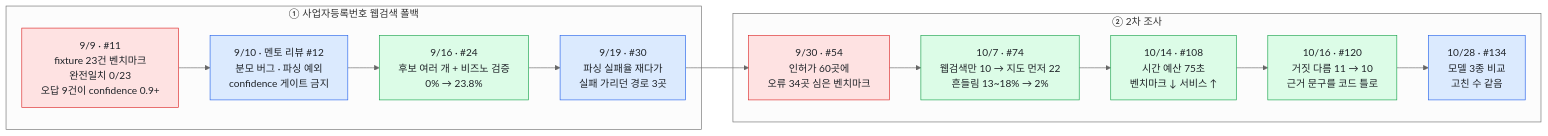
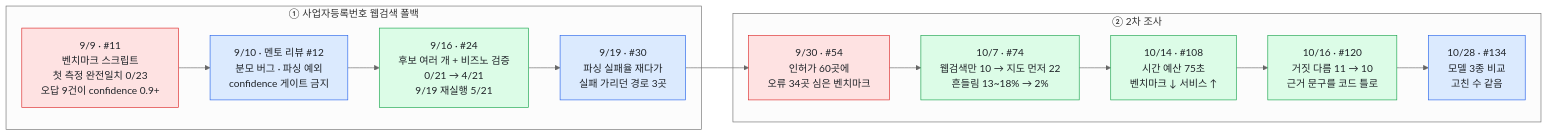
One commit to kakaotechcampus-4/ktc4-kyungpook-6 changed the diagram in docs/트러블슈팅/03.md. Above: the diagram before and after it, drawn with Mermaid (neutral theme). The commit also changed other lines of this file and 8 other files, not shown here.

````diff
--- a/docs/트러블슈팅/03.md
+++ b/docs/트러블슈팅/03.md
@@ -14,22 +14,22 @@
 ```mermaid
 flowchart LR
     subgraph P1["① 사업자등록번호 웹검색 폴백"]
-        A["9/9 · #11<br/>fixture 23건 벤치마크<br/>완전일치 0/23<br/>오답 9건이 confidence 0.9+"]:::cause
+        A["9/9 · #11<br/>벤치마크 스크립트<br/>첫 측정 완전일치 0/23<br/>오답 9건이 confidence 0.9+"]:::cause
         B["9/10 · 멘토 리뷰 #12<br/>분모 버그 · 파싱 예외<br/>confidence 게이트 금지"]:::found
-        C["9/16 · #24<br/>후보 여러 개 + 비즈노 검증<br/>0% → 23.8%"]:::fix
+        C["9/16 · #24<br/>후보 여러 개 + 비즈노 검증<br/>0/21 → 4/21<br/>9/19 재실행 5/21"]:::fix
         D["9/19 · #30<br/>파싱 실패율 재다가<br/>실패 가리던 경로 3곳"]:::found
         A --> B --> C --> D
     end
     subgraph P2["② 2차 조사"]
         E["9/30 · #54<br/>인허가 60곳에<br/>오류 34곳 심은 벤치마크"]:::cause
         F["10/7 · #74<br/>웹검색만 10 → 지도 먼저 22<br/>흔들림 13~18% → 2%"]:::fix
         G["10/14 · #108<br/>시간 예산 75초<br/>벤치마크 ↓ 서비스 ↑"]:::fix
         H["10/16 · #120<br/>거짓 다름 11 → 10<br/>근거 문구를 코드 틀로"]:::fix
         I["10/28 · #134<br/>모델 3종 비교<br/>고친 수 같음"]:::found
         E --> F --> G --> H --> I
     end
     D --> E
     classDef cause fill:#FEE2E2,stroke:#DC2626,color:#1F2328
     classDef found fill:#DBEAFE,stroke:#2563EB,color:#1F2328
     classDef fix fill:#DCFCE7,stroke:#16A34A,color:#1F2328
 ```
````
